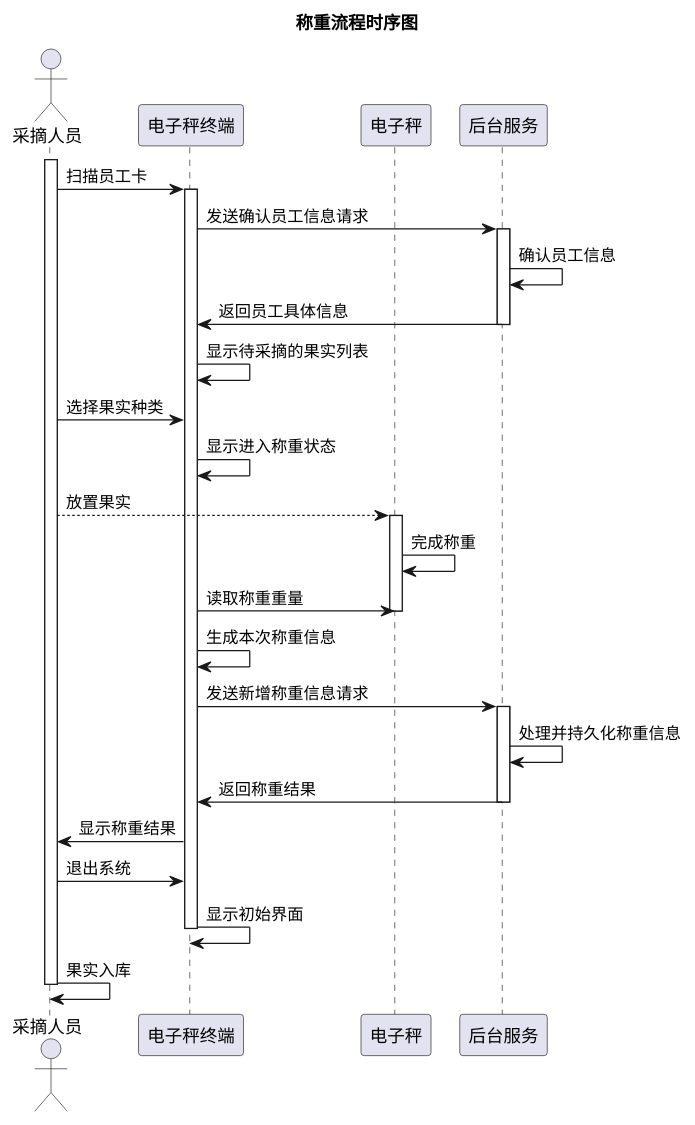
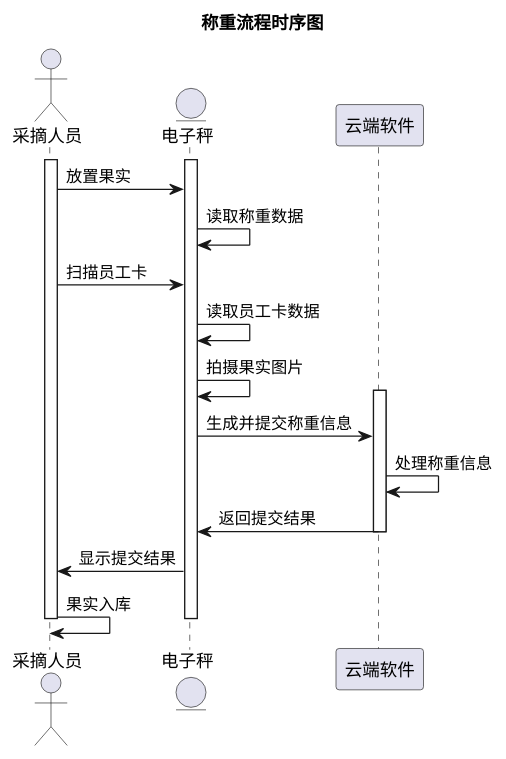
Before and after one commit to akynazh/aws: the diagram in design/称重流程时序图.puml, drawn with PlantUML. The commit also changed 11 other files, not shown here.

```diff
--- a/design/称重流程时序图.puml
+++ b/design/称重流程时序图.puml
@@ -1,37 +1,24 @@
 @startuml 称重流程时序图
 title 称重流程时序图
 
 actor 采摘人员 as staff
-participant 电子秤终端 as terminal
-participant 电子秤 as scale
-participant 后台服务 as server
+entity 电子秤 as scale
+participant 云端软件 as server
 
 activate staff
-staff->terminal: 扫描员工卡
-activate terminal
-terminal->server: 发送确认员工信息请求
+activate scale
+staff->scale: 放置果实
+scale->scale: 读取称重数据
+staff->scale: 扫描员工卡
+scale->scale: 读取员工卡数据
+scale->scale: 拍摄果实图片
 activate server
-server->server: 确认员工信息
-server->terminal: 返回员工具体信息
+scale->server: 生成并提交称重信息
+server->server: 处理称重信息
+server->scale: 返回提交结果
 deactivate server
-terminal->terminal: 显示待采摘的果实列表
-staff->terminal: 选择果实种类
-terminal->terminal: 显示进入称重状态
-staff-->scale: 放置果实
-activate scale
-scale->scale: 完成称重
-terminal->scale: 读取称重重量
+scale->staff: 显示提交结果
+staff->staff: 果实入库
 deactivate scale
-terminal->terminal: 生成本次称重信息
-terminal->server: 发送新增称重信息请求
-activate server
-server->server: 处理并持久化称重信息
-server->terminal: 返回称重结果
-deactivate server
-terminal->staff: 显示称重结果
-staff->terminal: 退出系统
-terminal->terminal: 显示初始界面
-deactivate terminal
-staff->staff: 果实入库
 deactivate staff
 @enduml
```
